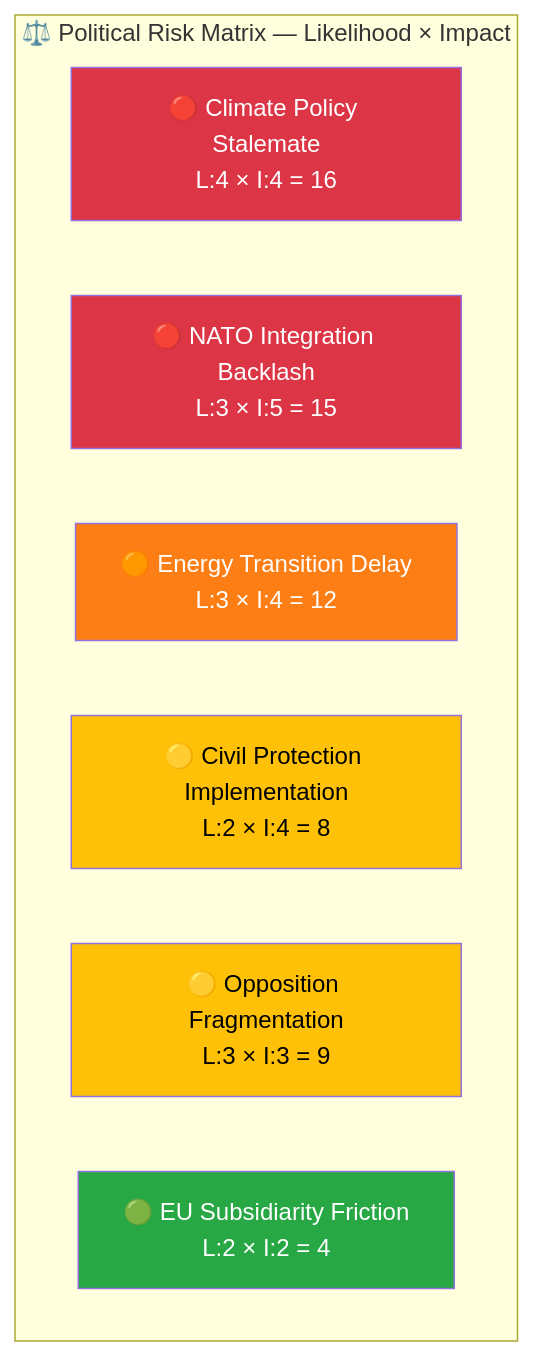
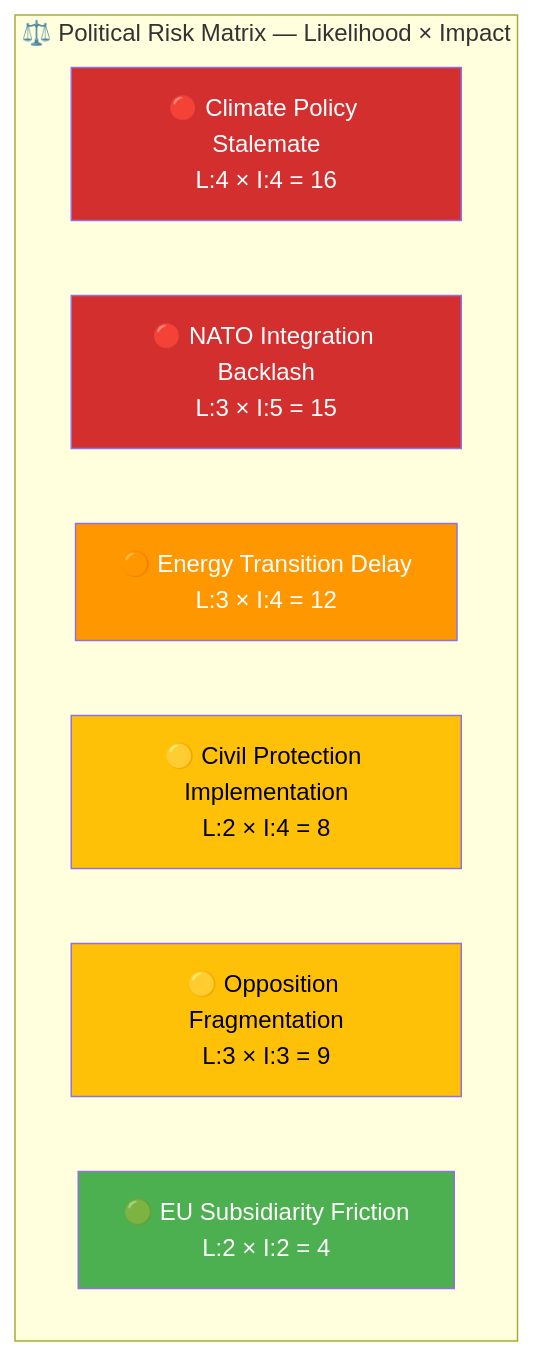
Before and after one commit to Hack23/riksdagsmonitor: the first of 2 diagrams in analysis/daily/2026-04-09/committeeReports/risk-assessment.md, drawn with Mermaid. The commit also changed other lines of this file and 785 other files, not shown here.

First line of the commit message:
Normalize mermaid colors across 786 analysis artifacts to ISMS Style Guide palette

````diff
--- a/analysis/daily/2026-04-09/committeeReports/risk-assessment.md
+++ b/analysis/daily/2026-04-09/committeeReports/risk-assessment.md
@@ -10,18 +10,18 @@
 ```mermaid
 graph TD
     subgraph "⚖️ Political Risk Matrix — Likelihood × Impact"
         R1["🔴 Climate Policy Stalemate<br/>L:4 × I:4 = 16"]
         R2["🔴 NATO Integration Backlash<br/>L:3 × I:5 = 15"]
         R3["🟠 Energy Transition Delay<br/>L:3 × I:4 = 12"]
         R4["🟡 Civil Protection Implementation<br/>L:2 × I:4 = 8"]
         R5["🟡 Opposition Fragmentation<br/>L:3 × I:3 = 9"]
         R6["🟢 EU Subsidiarity Friction<br/>L:2 × I:2 = 4"]
     end
     
-    style R1 fill:#dc3545,color:#fff
-    style R2 fill:#dc3545,color:#fff
-    style R3 fill:#fd7e14,color:#fff
-    style R4 fill:#ffc107,color:#000
-    style R5 fill:#ffc107,color:#000
-    style R6 fill:#28a745,color:#fff
+    style R1 fill:#D32F2F,color:#FFFFFF
+    style R2 fill:#D32F2F,color:#FFFFFF
+    style R3 fill:#FF9800,color:#FFFFFF
+    style R4 fill:#FFC107,color:#000000
+    style R5 fill:#FFC107,color:#000000
+    style R6 fill:#4CAF50,color:#FFFFFF
 ```
````
